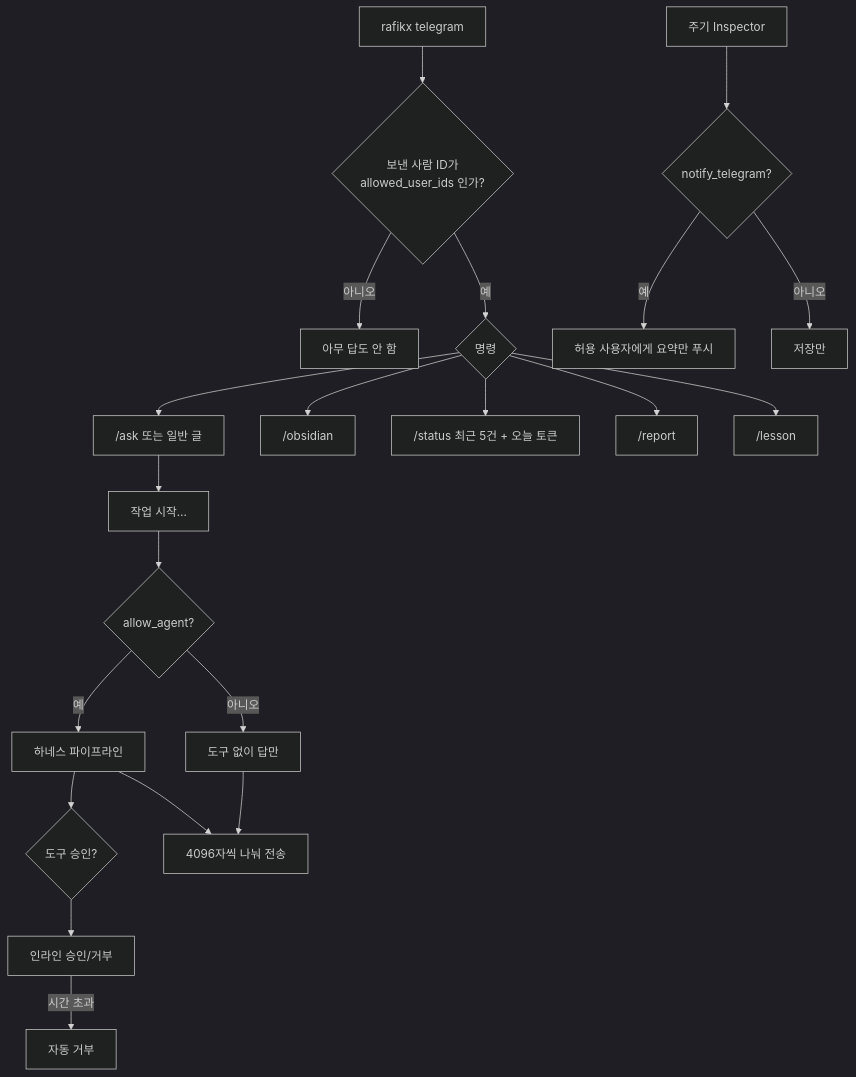
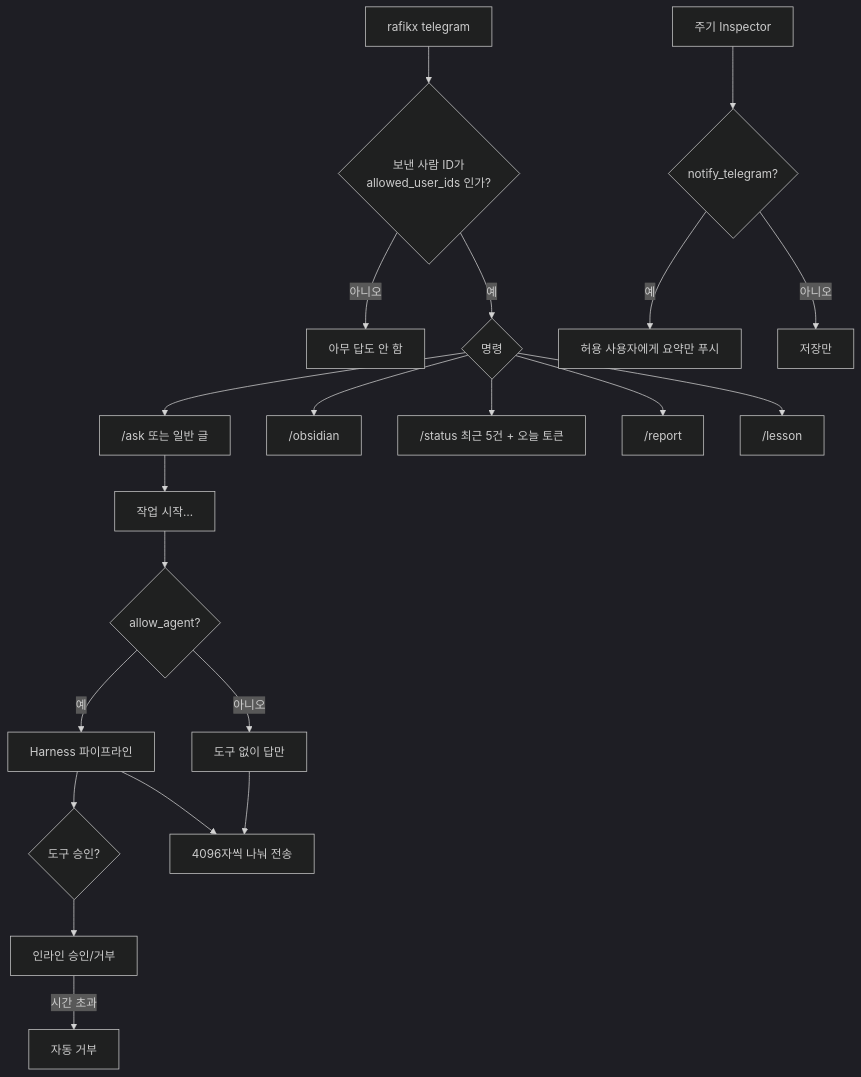
One commit to AIBeginnerX/RafikX changed the sixth of 8 diagrams in RAFIKX_WORKFLOW.md. Above: the diagram before and after it, drawn with Mermaid (dark theme). The commit also changed other lines of this file and 4 other files, not shown here.

````diff
--- a/RAFIKX_WORKFLOW.md
+++ b/RAFIKX_WORKFLOW.md
@@ -207,26 +207,26 @@
 ```mermaid
 flowchart TD
     BOT["rafikx telegram"] --> WL{보낸 사람 ID가<br/>allowed_user_ids 인가?}
     WL -->|아니오| SIL[아무 답도 안 함]
     WL -->|예| CMD{명령}
 
     CMD --> ASK["/ask 또는 일반 글"]
     CMD --> OBS["/obsidian"]
     CMD --> ST["/status  최근 5건 + 오늘 토큰"]
     CMD --> RP["/report"]
     CMD --> LS["/lesson"]
 
     ASK --> START[작업 시작…]
     START --> AG{allow_agent?}
     AG -->|아니오| QA[도구 없이 답만]
-    AG -->|예| PIPE[하네스 파이프라인]
+    AG -->|예| PIPE[Harness 파이프라인]
     PIPE --> BTN{도구 승인?}
     BTN --> YES[인라인 승인/거부]
     YES -->|시간 초과| NO[자동 거부]
     QA --> SPLIT
     PIPE --> SPLIT[4096자씩 나눠 전송]
 
     SCH[주기 Inspector] --> NT{notify_telegram?}
     NT -->|예| PUSH[허용 사용자에게 요약만 푸시]
     NT -->|아니오| SKIP[저장만]
 ```
````
